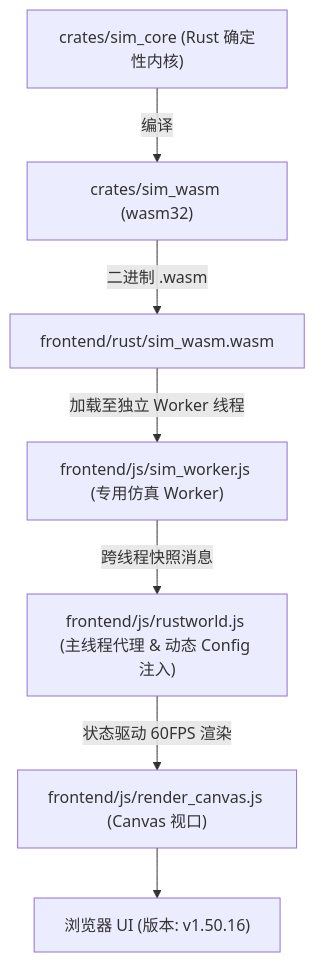
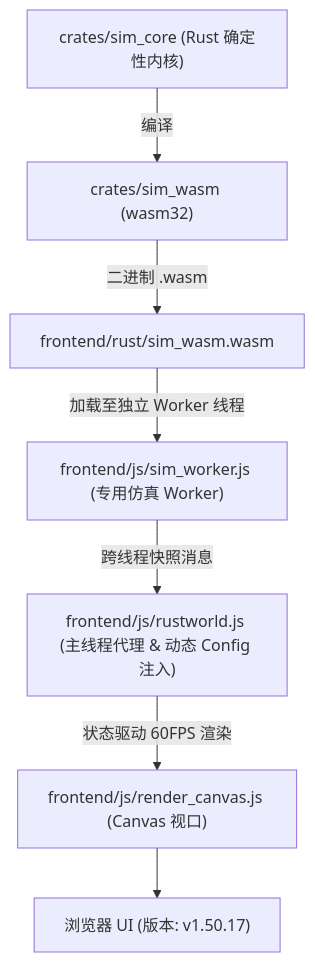
Before and after one commit to g39088902/FlowAndAccord: the diagram in AGENTS.md, drawn with Mermaid. The commit also changed other lines of this file and 27 other files, not shown here.

````diff
--- a/AGENTS.md
+++ b/AGENTS.md
@@ -62,9 +62,9 @@
 ```mermaid
 graph TD
     A["crates/sim_core (Rust 确定性内核)"] -->|编译| B["crates/sim_wasm (wasm32)"]
     B -->|二进制 .wasm| C["frontend/rust/sim_wasm.wasm"]
     C -->|加载至独立 Worker 线程| D["frontend/js/sim_worker.js (专用仿真 Worker)"]
     D -->|跨线程快照消息| E["frontend/js/rustworld.js (主线程代理 & 动态 Config 注入)"]
     E -->|状态驱动 60FPS 渲染| F["frontend/js/render_canvas.js (Canvas 视口)"]
-    F --> G["浏览器 UI (版本: v1.50.16)"]
+    F --> G["浏览器 UI (版本: v1.50.17)"]
 ```
````
